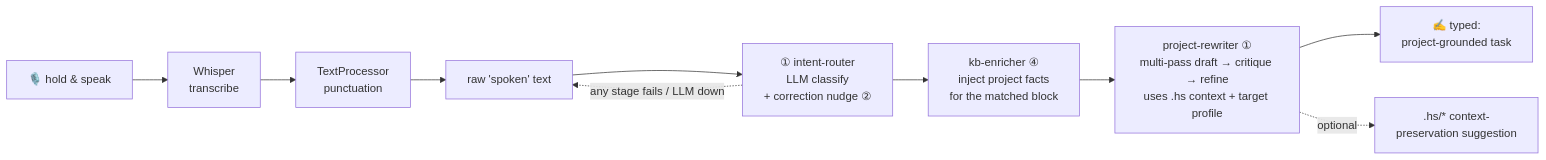
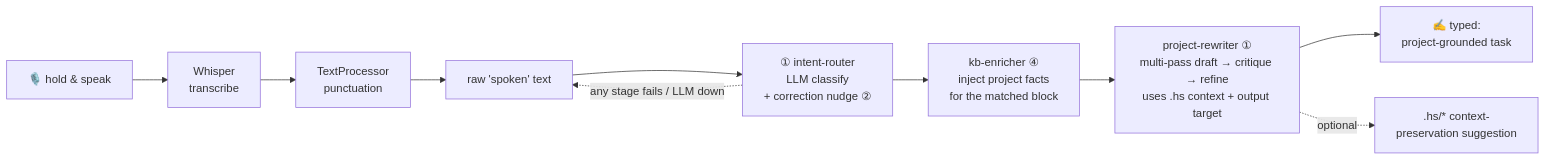
The first of 2 diagrams in docs/DICTATION_COPILOT.md (karolswdev/HoldSpeak), drawn with Mermaid before and after one commit. The commit also changed other lines of this file and 194 other files, not shown here.

````diff
--- a/docs/DICTATION_COPILOT.md
+++ b/docs/DICTATION_COPILOT.md
@@ -90,14 +90,14 @@
 ```mermaid
 flowchart LR
     A["🎙️ hold &amp; speak"] --> B["Whisper<br/>transcribe"]
     B --> C["TextProcessor<br/>punctuation"]
     C --> D["raw 'spoken' text"]
 
     D --> E["① intent-router<br/>LLM classify<br/>+ correction nudge ②"]
     E --> F["kb-enricher ④<br/>inject project facts<br/>for the matched block"]
-    F --> G["project-rewriter ①<br/>multi-pass draft → critique → refine<br/>uses .hs context + target profile"]
+    F --> G["project-rewriter ①<br/>multi-pass draft → critique → refine<br/>uses .hs context + output target"]
     G --> H["✍️ typed:<br/>project-grounded task"]
     G -.->|optional| I[".hs/* context-<br/>preservation suggestion"]
 
     E -.->|"any stage fails / LLM down"| D
 ```
````
